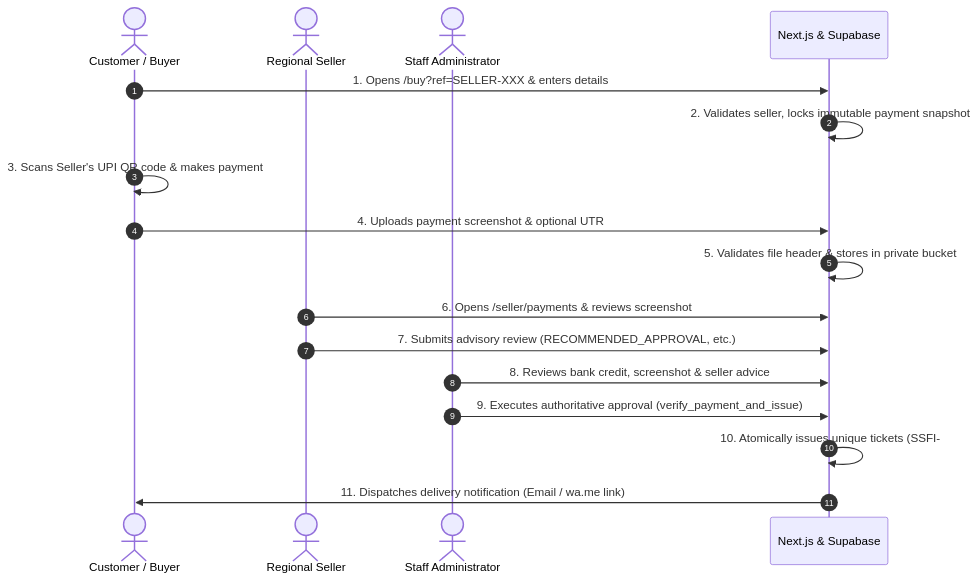
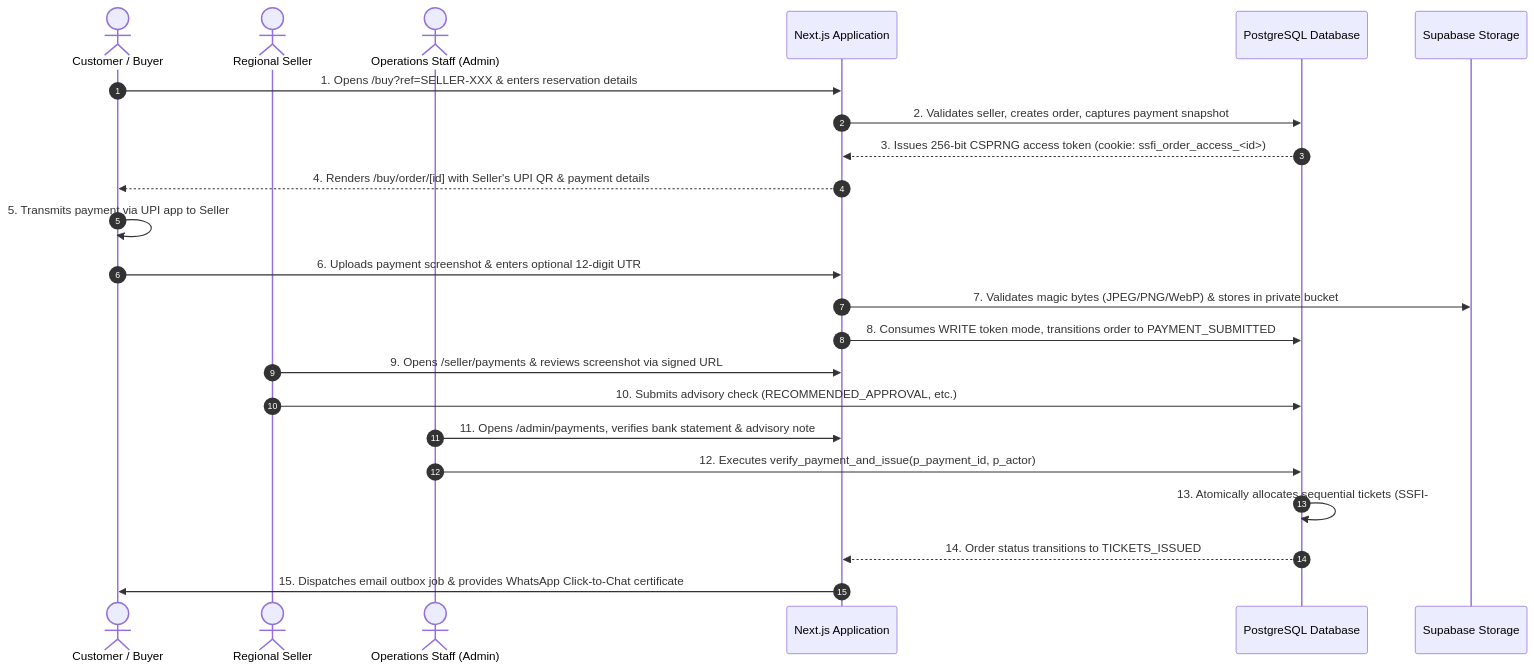
The third of 7 diagrams in README.md (rose1996iv/ssfiticket), drawn with Mermaid before and after one commit. The commit also changed other lines of this file and 41 other files, not shown here.

````diff
--- a/README.md
+++ b/README.md
@@ -162,20 +216,26 @@
 ```mermaid
 sequenceDiagram
     autonumber
     actor Customer as Customer / Buyer
     actor Seller as Regional Seller
-    actor Admin as Staff Administrator
-    participant System as Next.js & Supabase
+    actor Staff as Operations Staff (Admin)
+    participant App as Next.js Application
+    participant DB as PostgreSQL Database
+    participant Storage as Supabase Storage
 
-    Customer->>System: 1. Opens /buy?ref=SELLER-XXX & enters details
-    System->>System: 2. Validates seller, locks immutable payment snapshot
-    Customer->>Customer: 3. Scans Seller's UPI QR code & makes payment
-    Customer->>System: 4. Uploads payment screenshot & optional UTR
-    System->>System: 5. Validates file header & stores in private bucket
-    Seller->>System: 6. Opens /seller/payments & reviews screenshot
-    Seller->>System: 7. Submits advisory review (RECOMMENDED_APPROVAL, etc.)
-    Admin->>System: 8. Reviews bank credit, screenshot & seller advice
-    Admin->>System: 9. Executes authoritative approval (verify_payment_and_issue)
-    System->>System: 10. Atomically issues unique tickets (SSFI-######)
-    System->>Customer: 11. Dispatches delivery notification (Email / wa.me link)
+    Customer->>App: 1. Opens /buy?ref=SELLER-XXX & enters reservation details
+    App->>DB: 2. Validates seller, creates order, captures payment snapshot
+    DB-->>App: 3. Issues 256-bit CSPRNG access token (cookie: ssfi_order_access_<id>)
+    App-->>Customer: 4. Renders /buy/order/[id] with Seller's UPI QR & payment details
+    Customer->>Customer: 5. Transmits payment via UPI app to Seller
+    Customer->>App: 6. Uploads payment screenshot & enters optional 12-digit UTR
+    App->>Storage: 7. Validates magic bytes (JPEG/PNG/WebP) & stores in private bucket
+    App->>DB: 8. Consumes WRITE token mode, transitions order to PAYMENT_SUBMITTED
+    Seller->>App: 9. Opens /seller/payments & reviews screenshot via signed URL
+    Seller->>DB: 10. Submits advisory check (RECOMMENDED_APPROVAL, etc.)
+    Staff->>App: 11. Opens /admin/payments, verifies bank statement & advisory note
+    Staff->>DB: 12. Executes verify_payment_and_issue(p_payment_id, p_actor)
+    DB->>DB: 13. Atomically allocates sequential tickets (SSFI-######)
+    DB-->>App: 14. Order status transitions to TICKETS_ISSUED
+    App->>Customer: 15. Dispatches email outbox job & provides WhatsApp Click-to-Chat certificate
 ```
````
